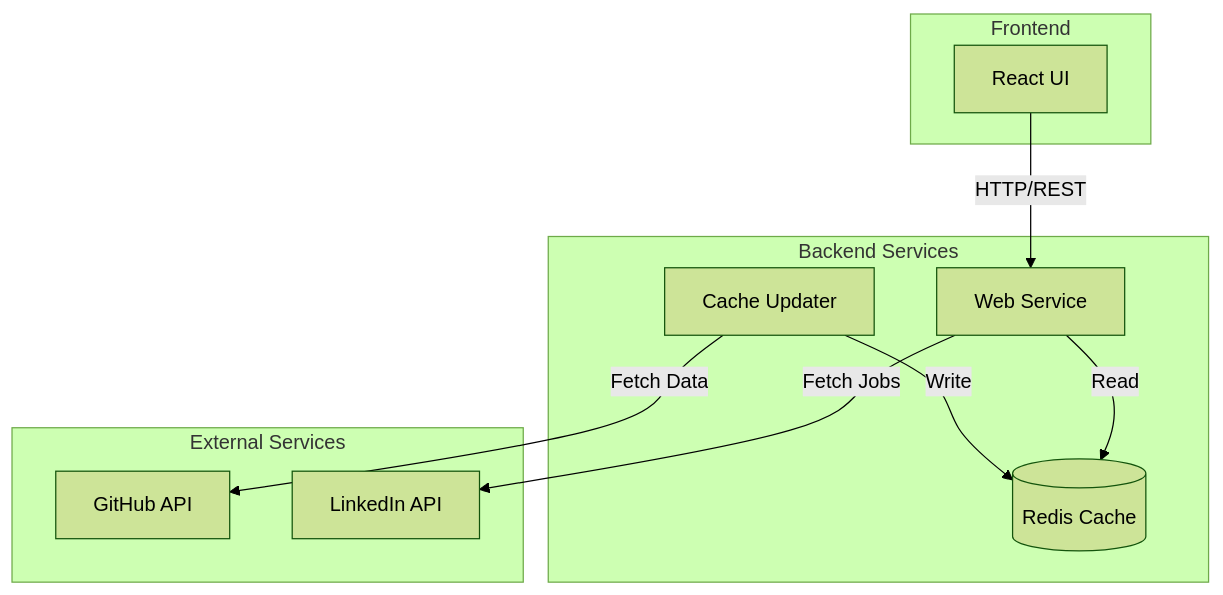
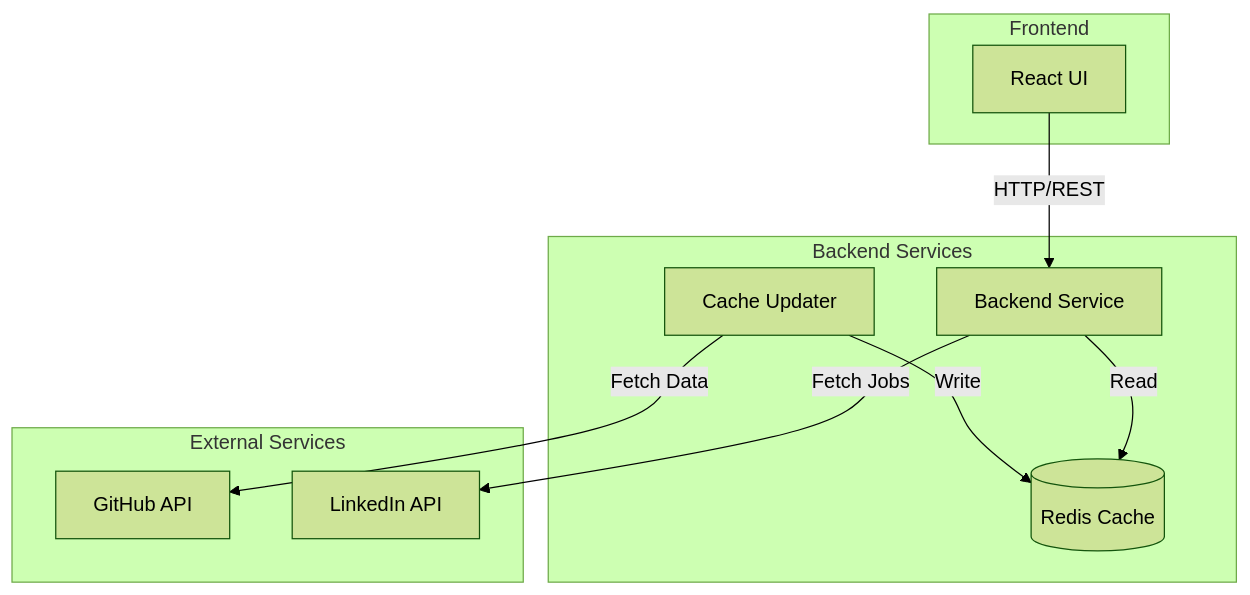
The diagram in README.md (flamingo-stack/major-league-github), drawn with Mermaid (forest theme) before and after one commit. The commit also changed other lines of this file and 1 other file, not shown here.

First line of the commit message:
Fix service naming consistency throughout documentation

````diff
--- a/README.md
+++ b/README.md
@@ -51,23 +51,23 @@
 ```mermaid
 graph TD
     subgraph "Frontend"
         UI[React UI]
     end
 
     subgraph "Backend Services"
-        WS[Web Service]
+        BS[Backend Service]
         CU[Cache Updater]
         RC[(Redis Cache)]
     end
 
     subgraph "External Services"
         GH[GitHub API]
         LI[LinkedIn API]
     end
 
-    UI --> |HTTP/REST| WS
-    WS --> |Read| RC
+    UI --> |HTTP/REST| BS
+    BS --> |Read| RC
     CU --> |Write| RC
     CU --> |Fetch Data| GH
-    WS --> |Fetch Jobs| LI
+    BS --> |Fetch Jobs| LI
 ```
````
